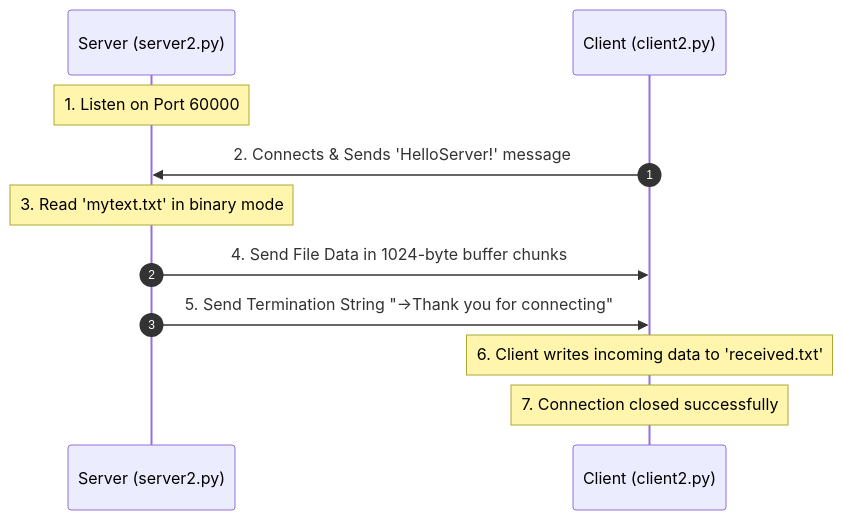
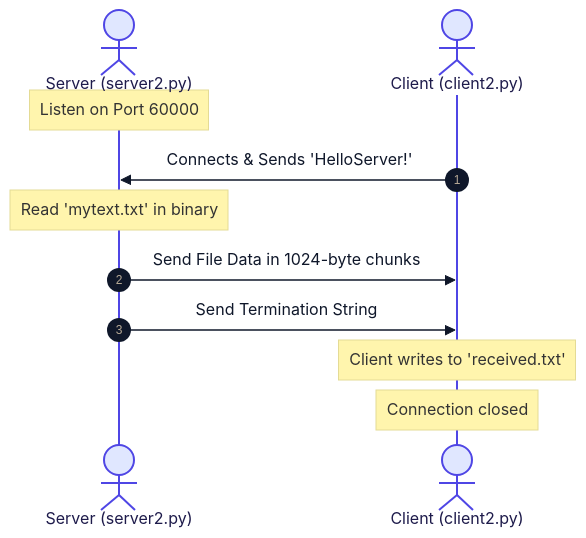
Before and after one commit to RameenAnwar/PDC-SP26-SE: the fifth of 8 diagrams in SyedMuhammadHuzaifaAshrafi-(23FA-035-SE)/Chapter06/README.md, drawn with Mermaid. The commit also changed other lines of this file and 5 other files, not shown here.

````diff
--- a/SyedMuhammadHuzaifaAshrafi-(23FA-035-SE)/Chapter06/README.md
+++ b/SyedMuhammadHuzaifaAshrafi-(23FA-035-SE)/Chapter06/README.md
@@ -216,14 +178,15 @@
 ```mermaid
+%%{init: {'theme': 'base', 'themeVariables': { 'lineColor': '#475569', 'primaryColor': '#f8fafc', 'primaryTextColor': '#0f172a', 'primaryBorderColor': '#cbd5e1', 'actorBorder': '#4f46e5', 'actorBkg': '#e0e7ff', 'actorTextColor': '#1e1b4b' }}}%%
 sequenceDiagram
     autonumber
-    participant Server as Server (server2.py)
-    participant Client as Client (client2.py)
+    actor Server as Server (server2.py)
+    actor Client as Client (client2.py)
     
-    Note over Server: 1. Listen on Port 60000
-    Client->>Server: 2. Connects & Sends 'HelloServer!' message
-    Note over Server: 3. Read 'mytext.txt' in binary mode
-    Server->>Client: 4. Send File Data in 1024-byte buffer chunks
-    Server->>Client: 5. Send Termination String "->Thank you for connecting"
-    Note over Client: 6. Client writes incoming data to 'received.txt'
-    Note over Client: 7. Connection closed successfully
+    Note over Server: Listen on Port 60000
+    Client->>Server: Connects & Sends 'HelloServer!'
+    Note over Server: Read 'mytext.txt' in binary
+    Server->>Client: Send File Data in 1024-byte chunks
+    Server->>Client: Send Termination String
+    Note over Client: Client writes to 'received.txt'
+    Note over Client: Connection closed
 ```
````
